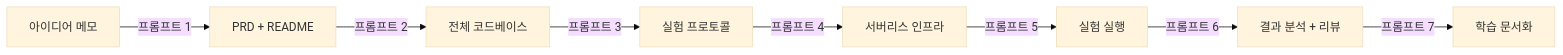
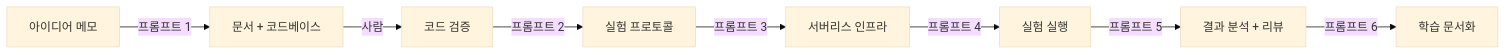
Before and after one commit to roboco-io/topology-efficient-deep-learning: the first of 2 diagrams in docs/tutorial-vibe-coding-dl-research.md, drawn with Mermaid (base theme). The commit also changed other lines of this file, not shown here.

````diff
--- a/docs/tutorial-vibe-coding-dl-research.md
+++ b/docs/tutorial-vibe-coding-dl-research.md
@@ -38,10 +39,10 @@
 ```mermaid
 graph LR
-    A[아이디어 메모] -->|프롬프트 1| B[PRD + README]
-    B -->|프롬프트 2| C[전체 코드베이스]
-    C -->|프롬프트 3| D[실험 프로토콜]
-    D -->|프롬프트 4| E[서버리스 인프라]
-    E -->|프롬프트 5| F[실험 실행]
-    F -->|프롬프트 6| G[결과 분석 + 리뷰]
-    G -->|프롬프트 7| H[학습 문서화]
+    A[아이디어 메모] -->|프롬프트 1| B[문서 + 코드베이스]
+    B -->|사람| C[코드 검증]
+    C -->|프롬프트 2| D[실험 프로토콜]
+    D -->|프롬프트 3| E[서버리스 인프라]
+    E -->|프롬프트 4| F[실험 실행]
+    F -->|프롬프트 5| G[결과 분석 + 리뷰]
+    G -->|프롬프트 6| H[학습 문서화]
 ```
````
